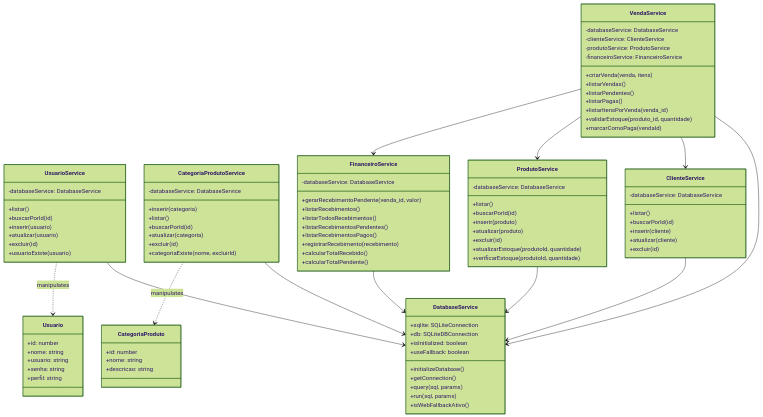
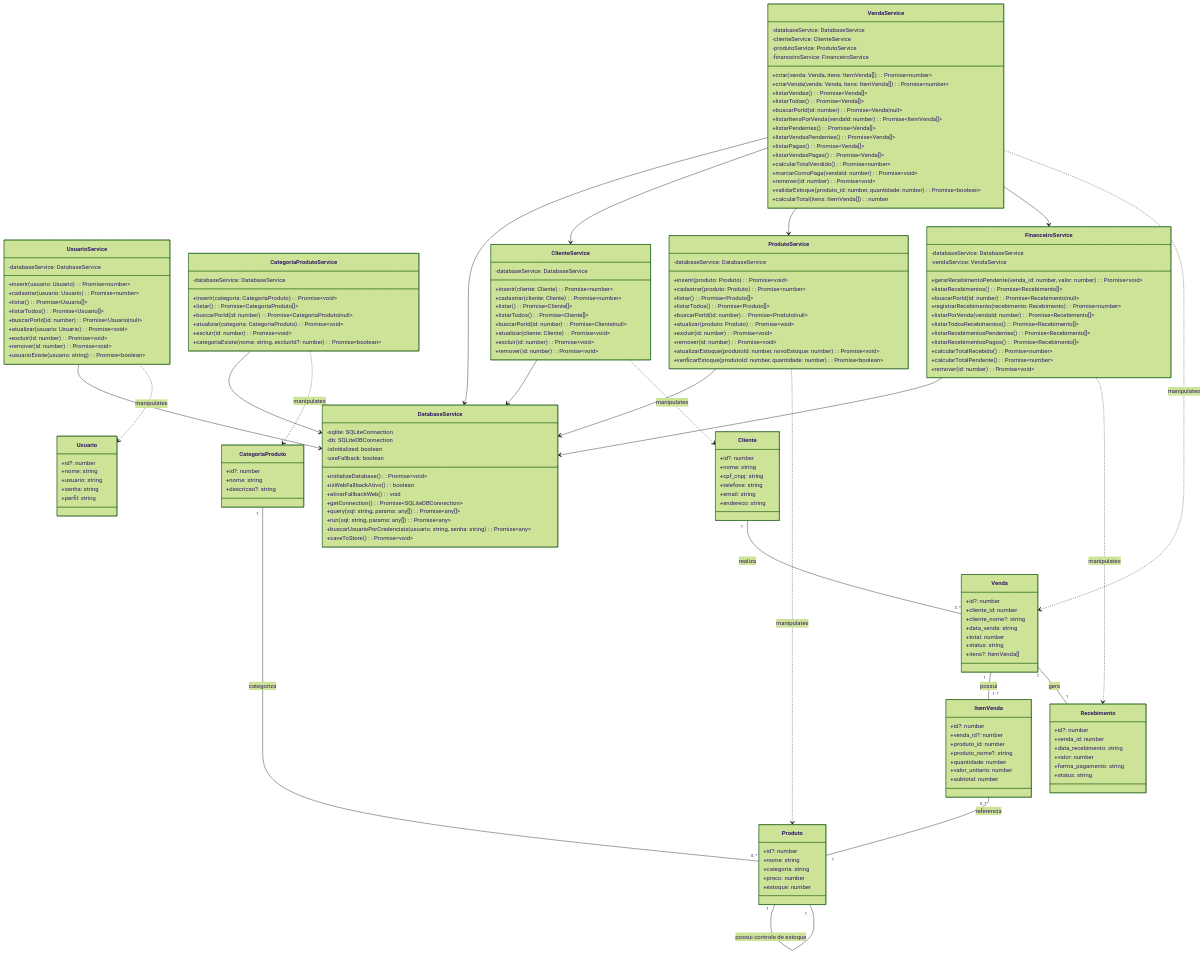
Before and after one commit to EduardoHenrrykSimonato/sistema-gestao-comercial: the fourth of 11 diagrams in README.md, drawn with Mermaid (forest theme). The commit also changed other lines of this file and 3 other files, not shown here.

Commit message:
docs: auditoria e sincronizacao de todos os diagramas Mermaid do projeto

````diff
--- a/README.md
+++ b/README.md
@@ -205,69 +213,127 @@
 ```mermaid
 classDiagram
     class Usuario {
-        +id: number
+        +id?: number
         +nome: string
         +usuario: string
         +senha: string
         +perfil: string
     }
 
+    class Cliente {
+        +id?: number
+        +nome: string
+        +cpf_cnpj: string
+        +telefone: string
+        +email: string
+        +endereco: string
+    }
+
     class CategoriaProduto {
-        +id: number
+        +id?: number
         +nome: string
-        +descricao: string
+        +descricao?: string
+    }
+
+    class Produto {
+        +id?: number
+        +nome: string
+        +categoria: string
+        +preco: number
+        +estoque: number
+    }
+
+    class Venda {
+        +id?: number
+        +cliente_id: number
+        +cliente_nome?: string
+        +data_venda: string
+        +total: number
+        +status: string
+        +itens?: ItemVenda[]
+    }
+
+    class ItemVenda {
+        +id?: number
+        +venda_id?: number
+        +produto_id: number
+        +produto_nome?: string
+        +quantidade: number
+        +valor_unitario: number
+        +subtotal: number
+    }
+
+    class Recebimento {
+        +id?: number
+        +venda_id: number
+        +data_recebimento: string
+        +valor: number
+        +forma_pagamento: string
+        +status: string
     }
 
     class DatabaseService {
-        +sqlite: SQLiteConnection
-        +db: SQLiteDBConnection
-        +isInitialized: boolean
-        +useFallback: boolean
-        +initializeDatabase()
-        +getConnection()
-        +query(sql, params)
-        +run(sql, params)
-        +isWebFallbackAtivo()
+        -sqlite: SQLiteConnection
+        -db: SQLiteDBConnection
+        -isInitialized: boolean
+        -useFallback: boolean
+        +initializeDatabase(): Promise~void~
+        +isWebFallbackAtivo(): boolean
+        +ativarFallbackWeb(): void
+        +getConnection(): Promise~SQLiteDBConnection~
+        +query(sql: string, params: any[]): Promise~any[]~
+        +run(sql: string, params: any[]): Promise~any~
+        +buscarUsuarioPorCredenciais(usuario: string, senha: string): Promise~any~
+        +saveToStore(): Promise~void~
     }
 
     class UsuarioService {
         -databaseService: DatabaseService
-        +listar()
-        +buscarPorId(id)
-        +inserir(usuario)
-        +atualizar(usuario)
-        +excluir(id)
-        +usuarioExiste(usuario)
+        +inserir(usuario: Usuario): Promise~number~
+        +cadastrar(usuario: Usuario): Promise~number~
+        +listar(): Promise~Usuario[]~
+        +listarTodos(): Promise~Usuario[]~
+        +buscarPorId(id: number): Promise~Usuario|null~
+        +atualizar(usuario: Usuario): Promise~void~
+        +excluir(id: number): Promise~void~
+        +remover(id: number): Promise~void~
+        +usuarioExiste(usuario: string): Promise~boolean~
     }
 
     class CategoriaProdutoService {
         -databaseService: DatabaseService
-        +inserir(categoria)
-        +listar()
-        +buscarPorId(id)
-        +atualizar(categoria)
-        +excluir(id)
-        +categoriaExiste(nome, excluirId)
+        +inserir(categoria: CategoriaProduto): Promise~void~
+        +listar(): Promise~CategoriaProduto[]~
+        +buscarPorId(id: number): Promise~CategoriaProduto|null~
+        +atualizar(categoria: CategoriaProduto): Promise~void~
+        +excluir(id: number): Promise~void~
+        +categoriaExiste(nome: string, excluirId?: number): Promise~boolean~
     }
 
     class ProdutoService {
         -databaseService: DatabaseService
-        +listar()
-        +buscarPorId(id)
-        +inserir(produto)
-        +atualizar(produto)
-        +excluir(id)
-        +atualizarEstoque(produtoId, quantidade)
-        +verificarEstoque(produtoId, quantidade)
+        +inserir(produto: Produto): Promise~void~
+        +cadastrar(produto: Produto): Promise~number~
+        +listar(): Promise~Produto[]~
+        +listarTodos(): Promise~Produto[]~
+        +buscarPorId(id: number): Promise~Produto|null~
+        +atualizar(produto: Produto): Promise~void~
+        +excluir(id: number): Promise~void~
+        +remover(id: number): Promise~void~
+        +atualizarEstoque(produtoId: number, novoEstoque: number): Promise~void~
+        +verificarEstoque(produtoId: number, quantidade: number): Promise~boolean~
     }
 
     class ClienteService {
         -databaseService: DatabaseService
-        +listar()
-        +buscarPorId(id)
-        +inserir(cliente)
-        +atualizar(cliente)
-        +excluir(id)
+        +inserir(cliente: Cliente): Promise~number~
+        +cadastrar(cliente: Cliente): Promise~number~
+        +listar(): Promise~Cliente[]~
+        +listarTodos(): Promise~Cliente[]~
+        +buscarPorId(id: number): Promise~Cliente|null~
+        +atualizar(cliente: Cliente): Promise~void~
+        +excluir(id: number): Promise~void~
+        +remover(id: number): Promise~void~
     }
 
     class VendaService {
@@ -275,25 +341,37 @@
         -clienteService: ClienteService
         -produtoService: ProdutoService
         -financeiroService: FinanceiroService
-        +criarVenda(venda, itens)
-        +listarVendas()
-        +listarPendentes()
-        +listarPagas()
-        +listarItensPorVenda(venda_id)
-        +validarEstoque(produto_id, quantidade)
-        +marcarComoPaga(vendaId)
+        +criar(venda: Venda, itens: ItemVenda[]): Promise~number~
+        +criarVenda(venda: Venda, itens: ItemVenda[]): Promise~number~
+        +listarVendas(): Promise~Venda[]~
+        +listarTodas(): Promise~Venda[]~
+        +buscarPorId(id: number): Promise~Venda|null~
+        +listarItensPorVenda(vendaId: number): Promise~ItemVenda[]~
+        +listarPendentes(): Promise~Venda[]~
+        +listarVendasPendentes(): Promise~Venda[]~
+        +listarPagas(): Promise~Venda[]~
+        +listarVendasPagas(): Promise~Venda[]~
+        +calcularTotalVendido(): Promise~number~
+        +marcarComoPaga(vendaId: number): Promise~void~
+        +remover(id: number): Promise~void~
+        +validarEstoque(produto_id: number, quantidade: number): Promise~boolean~
+        +calcularTotal(itens: ItemVenda[]): number
     }
 
     class FinanceiroService {
         -databaseService: DatabaseService
-        +gerarRecebimentoPendente(venda_id, valor)
-        +listarRecebimentos()
-        +listarTodosRecebimentos()
-        +listarRecebimentosPendentes()
-        +listarRecebimentosPagos()
-        +registrarRecebimento(recebimento)
-        +calcularTotalRecebido()
-        +calcularTotalPendente()
+        -vendaService: VendaService
+        +gerarRecebimentoPendente(venda_id: number, valor: number): Promise~void~
+        +listarRecebimentos(): Promise~Recebimento[]~
+        +buscarPorId(id: number): Promise~Recebimento|null~
+        +registrarRecebimento(recebimento: Recebimento): Promise~number~
+        +listarPorVenda(vendaId: number): Promise~Recebimento[]~
+        +listarTodosRecebimentos(): Promise~Recebimento[]~
+        +listarRecebimentosPendentes(): Promise~Recebimento[]~
+        +listarRecebimentosPagos(): Promise~Recebimento[]~
+        +calcularTotalRecebido(): Promise~number~
+        +calcularTotalPendente(): Promise~number~
+        +remover(id: number): Promise~void~
     }
 
     UsuarioService --> DatabaseService
@@ -301,10 +379,21 @@
     CategoriaProdutoService --> DatabaseService
     CategoriaProdutoService ..> CategoriaProduto : manipulates
     ProdutoService --> DatabaseService
+    ProdutoService ..> Produto : manipulates
     ClienteService --> DatabaseService
+    ClienteService ..> Cliente : manipulates
     VendaService --> DatabaseService
     VendaService --> ClienteService
     VendaService --> ProdutoService
     VendaService --> FinanceiroService
+    VendaService ..> Venda : manipulates
     FinanceiroService --> DatabaseService
+    FinanceiroService ..> Recebimento : manipulates
+
+    Cliente "1" -- "0..*" Venda : realiza
+    Venda "1" -- "1..*" ItemVenda : possui
+    ItemVenda "0..*" -- "1" Produto : referencia
+    Venda "1" -- "1" Recebimento : gera
+    CategoriaProduto "1" -- "0..*" Produto : categoriza
+    Produto "1" -- "1" Produto : possui controle de estoque
 ```
````
